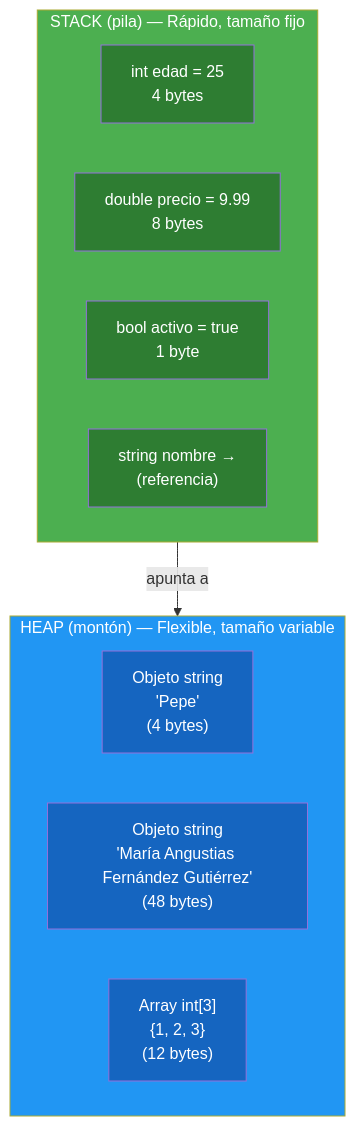
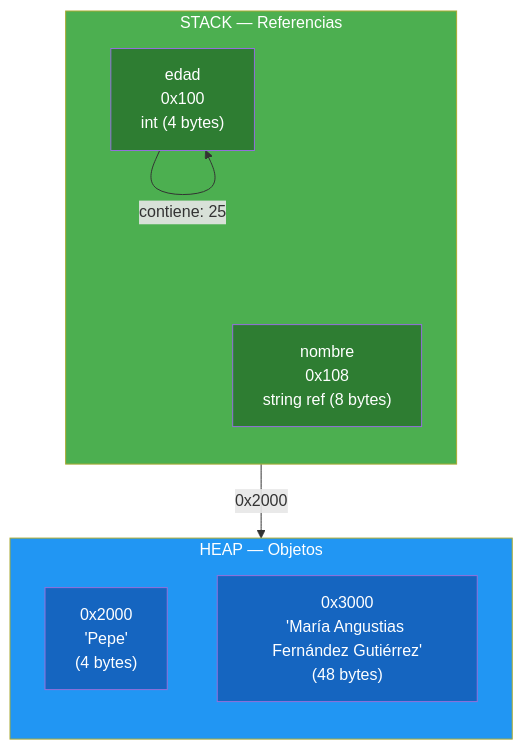
Before and after one commit to joseluisgs/Programacion-01-2026-2027: the fourth of 5 diagrams in 05-tipos-datos.md, drawn with Mermaid. The commit also changed other lines of this file, not shown here.

Commit message:
feat: mejora§5.6 con diagramas detallados de Stack/Heap, direcciones de memoria, reasignación y Recolector de Basura

````diff
--- a/05-tipos-datos.md
+++ b/05-tipos-datos.md
@@ -316,26 +359,21 @@
 ```mermaid
 graph TB
-    subgraph STACK ["STACK (pila) — Rápido, tamaño fijo"]
-        direction LR
-        A["int edad = 25<br/>4 bytes"]
-        B["double precio = 9.99<br/>8 bytes"]
-        C["bool activo = true<br/>1 byte"]
-        D["string nombre →<br/>(referencia)"]
+    subgraph STACK ["STACK — Referencias"]
+        direction TB
+        EDAD["edad<br/>0x100<br/>int (4 bytes)"]
+        NOMBRE["nombre<br/>0x108<br/>string ref (8 bytes)"]
     end
-    subgraph HEAP ["HEAP (montón) — Flexible, tamaño variable"]
-        direction LR
-        E["Objeto string<br/>'Pepe'<br/>(4 bytes)"]
-        F["Objeto string<br/>'María Angustias Fernández Gutiérrez'<br/>(48 bytes)"]
-        G["Array int[3]<br/>{1, 2, 3}<br/>(12 bytes)"]
+    subgraph HEAP ["HEAP — Objetos"]
+        direction TB
+        OBJ1["0x2000<br/>'Pepe'<br/>(4 bytes)"]
+        OBJ2["0x3000<br/>'María Angustias Fernández Gutiérrez'<br/>(48 bytes)"]
     end
-    D -->|"apunta a"| E
+    EDAD -->|"contiene: 25"| EDAD
+    NOMBRE -->|"0x2000"| OBJ1
     style STACK fill:#4CAF50,color:#fff
     style HEAP fill:#2196F3,color:#fff
-    style A fill:#2E7D32,color:#fff
-    style B fill:#2E7D32,color:#fff
-    style C fill:#2E7D32,color:#fff
-    style D fill:#2E7D32,color:#fff
-    style E fill:#1565C0,color:#fff
-    style F fill:#1565C0,color:#fff
-    style G fill:#1565C0,color:#fff
+    style EDAD fill:#2E7D32,color:#fff
+    style NOMBRE fill:#2E7D32,color:#fff
+    style OBJ1 fill:#1565C0,color:#fff
+    style OBJ2 fill:#1565C0,color:#fff
 ```
````
